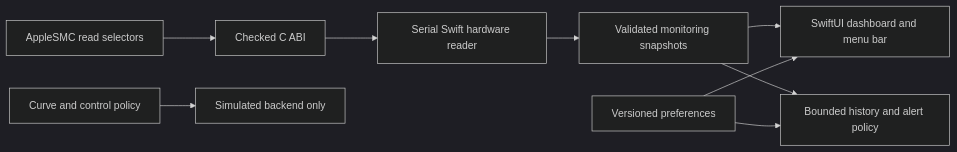
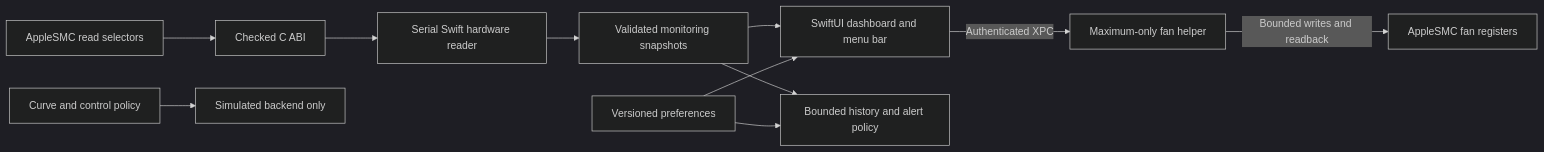
One commit to PaesaggioSonoro/ThermalDeck changed the diagram in docs/architecture/overview.md. Above: the diagram before and after it, drawn with Mermaid (dark theme). The commit also changed other lines of this file and 27 other files, not shown here.

Commit message:
feat: implement maximum fan control and automatic handoff

````diff
--- a/docs/architecture/overview.md
+++ b/docs/architecture/overview.md
@@ -3,11 +3,13 @@
 ```mermaid
 flowchart LR
     S[AppleSMC read selectors] --> C[Checked C ABI]
     C --> H[Serial Swift hardware reader]
     H --> M[Validated monitoring snapshots]
     M --> U[SwiftUI dashboard and menu bar]
     M --> B[Bounded history and alert policy]
     P[Versioned preferences] --> U
     P --> B
     Q[Curve and control policy] --> X[Simulated backend only]
+    U -->|Authenticated XPC| F[Maximum-only fan helper]
+    F -->|Bounded writes and readback| SMC[AppleSMC fan registers]
 ```
````
